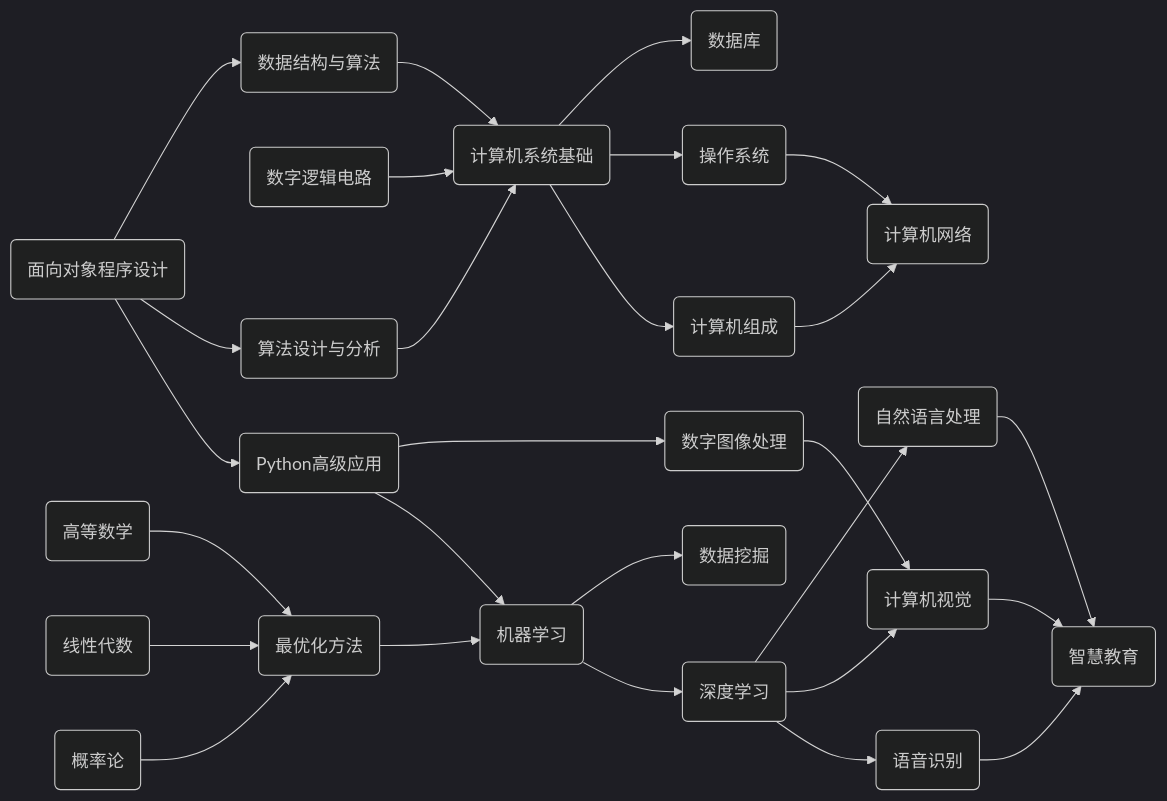
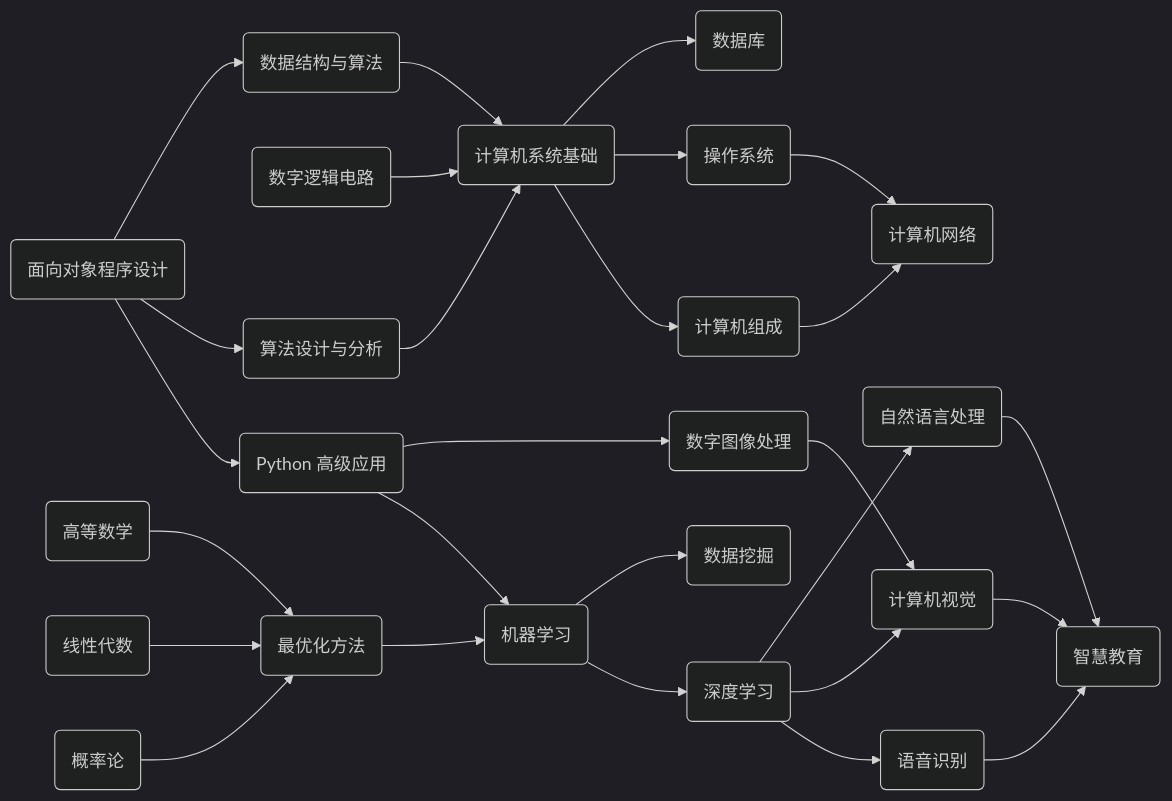
The first of 2 diagrams in docs/index.md (Explorer-Dong/explorer-dong.github.io), drawn with Mermaid (dark theme) before and after one commit. The commit also changed other lines of this file and 24 other files, not shown here.

````diff
--- a/docs/index.md
+++ b/docs/index.md
@@ -31,64 +31,64 @@
 ```mermaid
 flowchart LR
     面向对象程序设计(面向对象程序设计)
     数据结构与算法(数据结构与算法)
     数字逻辑电路(数字逻辑电路)
     算法设计与分析(算法设计与分析)
     计算机系统基础(计算机系统基础)
     数据库(数据库)
     操作系统(操作系统)
     计算机组成(计算机组成)
     计算机网络(计算机网络)
 
     面向对象程序设计 --> 数据结构与算法 & 算法设计与分析 --> 计算机系统基础
     数字逻辑电路 --> 计算机系统基础 --> 数据库 & 操作系统 & 计算机组成
     计算机组成 & 操作系统 --> 计算机网络
 
-    Python高级应用(Python高级应用)
+    Python高级应用(Python 高级应用)
     数字图像处理(数字图像处理)
     机器学习(机器学习)
     深度学习(深度学习)
     数据挖掘(数据挖掘)
     自然语言处理(自然语言处理)
     计算机视觉(计算机视觉)
     语音识别(语音识别)
     智慧教育(智慧教育)
 
     Python高级应用 --> 数字图像处理 & 机器学习
     机器学习 --> 数据挖掘 & 深度学习
     深度学习 --> 自然语言处理 & 计算机视觉 & 语音识别 --> 智慧教育
     数字图像处理 --> 计算机视觉
 
     高等数学(高等数学)
     线性代数(线性代数)
     概率论(概率论)
     最优化方法(最优化方法)
     高等数学 & 线性代数 & 概率论 --> 最优化方法 --> 机器学习
     面向对象程序设计 --> Python高级应用
 
     %% 跳转链接
     click 高等数学 "./GPA/1st-term/AdvancedMath/"
     click 线性代数 "./GPA/3rd-term/LinearAlgebra/"
     click 概率论 "./GPA/4th-term/ProbAndStat/"
     click 最优化方法 "./GPA/4th-term/OptMethod/"
 
     click 面向对象程序设计 "./GPA/2nd-term/ObjectOrientedProgramming/"
-    click 数据结构与算法 "./base/ds-and-algo/"
+    click 数据结构与算法 "./ds-and-algo/"
     click 数字逻辑电路 "./GPA/3rd-term/DigitalLogicCircuit/"
     click 算法设计与分析 "./GPA/4th-term/PyAlgo/"
     click 计算机系统基础 "./GPA/4th-term/SysBasic/"
     click 数据库 "./GPA/5th-term/DataBase/"
     click 操作系统 "./GPA/5th-term/OperatingSystem/"
     click 计算机组成 "./GPA/5th-term/ComputerOrganization/"
     click 计算机网络 "./base/computer-network/"
 
     click Python高级应用 "./GPA/4th-term/PyApply/"
     click 数字图像处理 "./GPA/5th-term/DigitalImageProcessing/"
     click 机器学习 "./base/machine-learning/"
     click 深度学习 "./GPA/5th-term/DeepLearning/"
     click 数据挖掘 "./base/data-mining/"
     click 自然语言处理 "./base/natural-language-processing/"
     click 计算机视觉 "./base/computer-vision/"
     click 语音识别 "./base/speech-recognition/"
     click 智慧教育 "./base/intelligent-education/"
 ```
````
